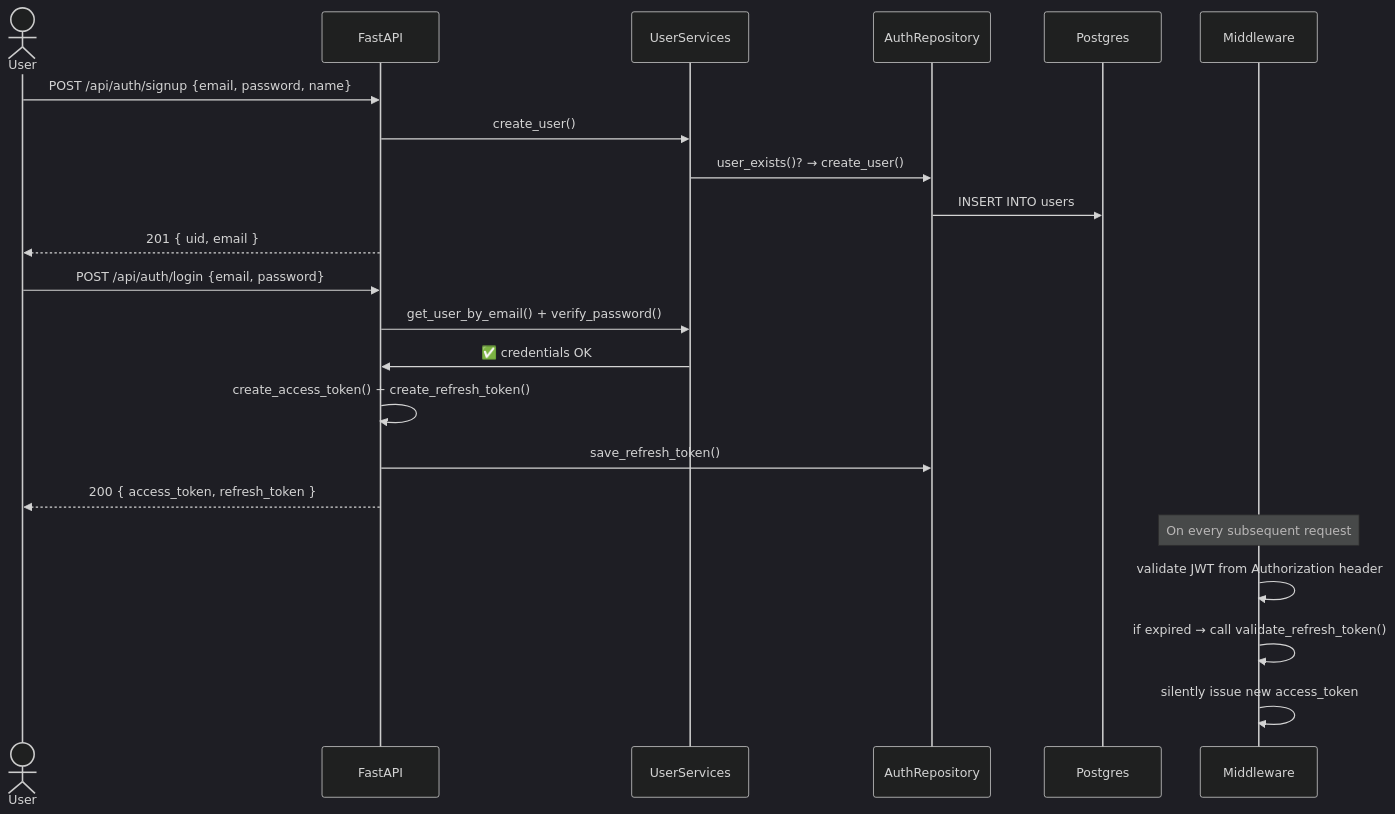
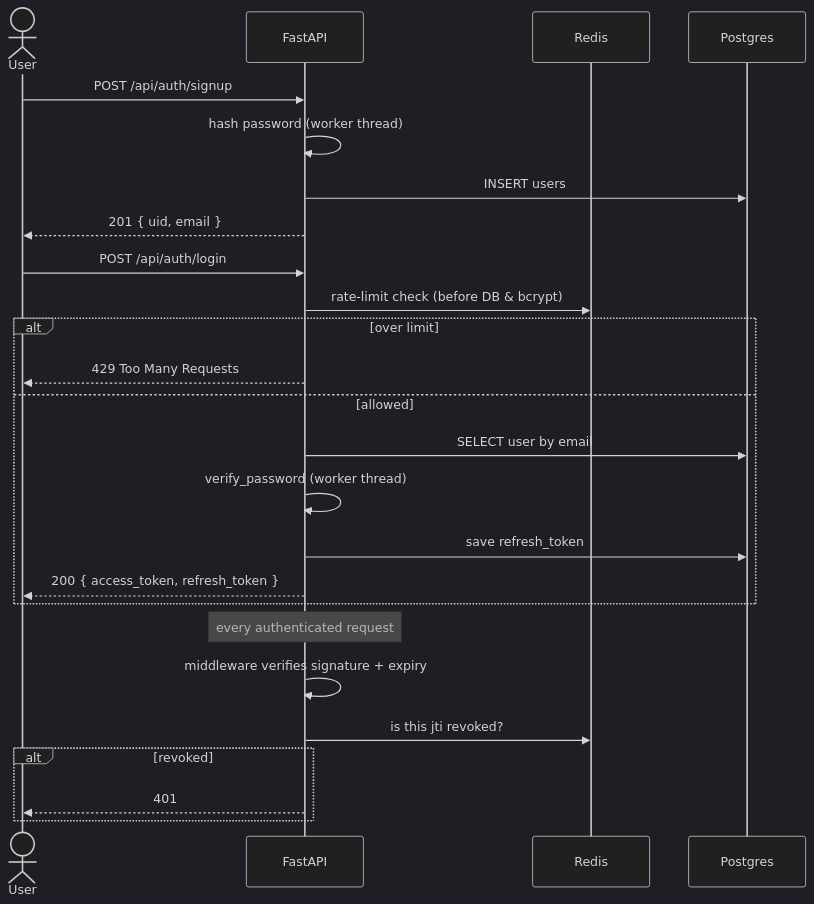
One commit to AryanHayaran/InternalApiMonitoringSystem changed the third of 7 diagrams in docs/architecture.md. Above: the diagram before and after it, drawn with Mermaid (dark theme). The commit also changed other lines of this file and 6 other files, not shown here.

````diff
--- a/docs/architecture.md
+++ b/docs/architecture.md
@@ -236,27 +290,30 @@
 ```mermaid
 sequenceDiagram
     actor User
-    participant FastAPI
-    participant UserServices
-    participant AuthRepository
-    participant Postgres
-    participant Middleware
+    participant API as FastAPI
+    participant R as Redis
+    participant PG as Postgres
 
-    User->>FastAPI: POST /api/auth/signup {email, password, name}
-    FastAPI->>UserServices: create_user()
-    UserServices->>AuthRepository: user_exists()? → create_user()
-    AuthRepository->>Postgres: INSERT INTO users
-    FastAPI-->>User: 201 { uid, email }
+    User->>API: POST /api/auth/signup
+    API->>API: hash password (worker thread)
+    API->>PG: INSERT users
+    API-->>User: 201 { uid, email }
 
-    User->>FastAPI: POST /api/auth/login {email, password}
-    FastAPI->>UserServices: get_user_by_email() + verify_password()
-    UserServices->>FastAPI: ✅ credentials OK
-    FastAPI->>FastAPI: create_access_token() + create_refresh_token()
-    FastAPI->>AuthRepository: save_refresh_token()
-    FastAPI-->>User: 200 { access_token, refresh_token }
+    User->>API: POST /api/auth/login
+    API->>R: rate-limit check (before DB & bcrypt)
+    alt over limit
+        API-->>User: 429 Too Many Requests
+    else allowed
+        API->>PG: SELECT user by email
+        API->>API: verify_password (worker thread)
+        API->>PG: save refresh_token
+        API-->>User: 200 { access_token, refresh_token }
+    end
 
-    Note over Middleware: On every subsequent request
-    Middleware->>Middleware: validate JWT from Authorization header
-    Middleware->>Middleware: if expired → call validate_refresh_token()
-    Middleware->>Middleware: silently issue new access_token
+    Note over API: every authenticated request
+    API->>API: middleware verifies signature + expiry
+    API->>R: is this jti revoked?
+    alt revoked
+        API-->>User: 401
+    end
 ```
````
